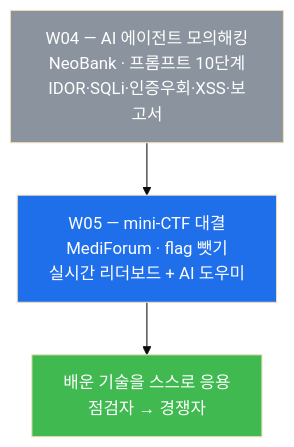
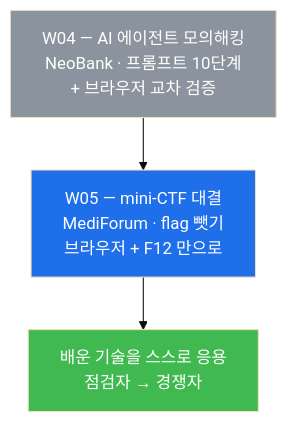
Before and after one commit to mrgrit/easy_web_hacking_class: the sixth of 6 diagrams in contents/training/lecture_week04.md, drawn with Mermaid (base theme). The commit also changed other lines of this file and 68 other files, not shown here.

````diff
--- a/contents/training/lecture_week04.md
+++ b/contents/training/lecture_week04.md
@@ -597,10 +648,10 @@
 ```mermaid
 graph TD
-    W04["W04 — AI 에이전트 모의해킹<br/>NeoBank · 프롬프트 10단계<br/>IDOR·SQLi·인증우회·XSS·보고서"]
-    W05["W05 — mini-CTF 대결<br/>MediForum · flag 뺏기<br/>실시간 리더보드 + AI 도우미"]
+    W04["W04 — AI 에이전트 모의해킹<br/>NeoBank · 프롬프트 10단계<br/>+ 브라우저 교차 검증"]
+    W05["W05 — mini-CTF 대결<br/>MediForum · flag 뺏기<br/>브라우저 + F12 만으로"]
     GOAL["배운 기술을 스스로 응용<br/>점검자 → 경쟁자"]
     W04 --> W05 --> GOAL
     style W04 fill:#8b949e,color:#fff
     style W05 fill:#1f6feb,color:#fff
     style GOAL fill:#3fb950,color:#fff
 ```
````
